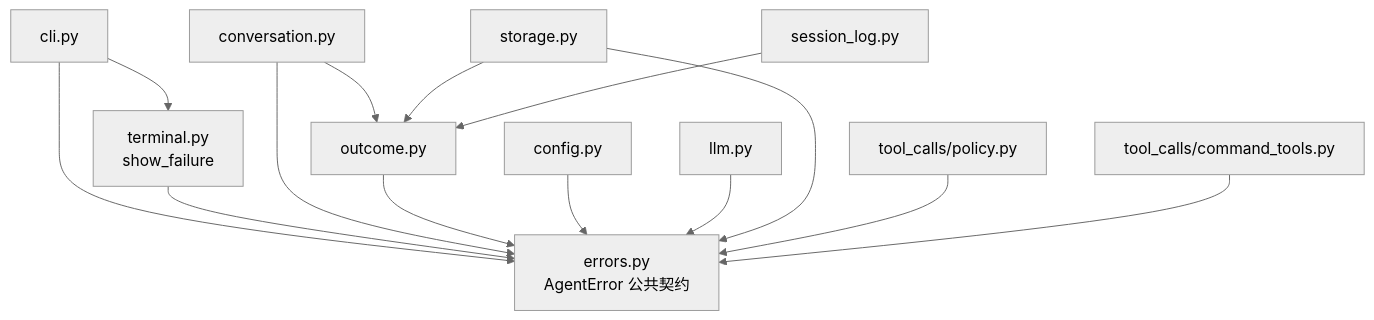
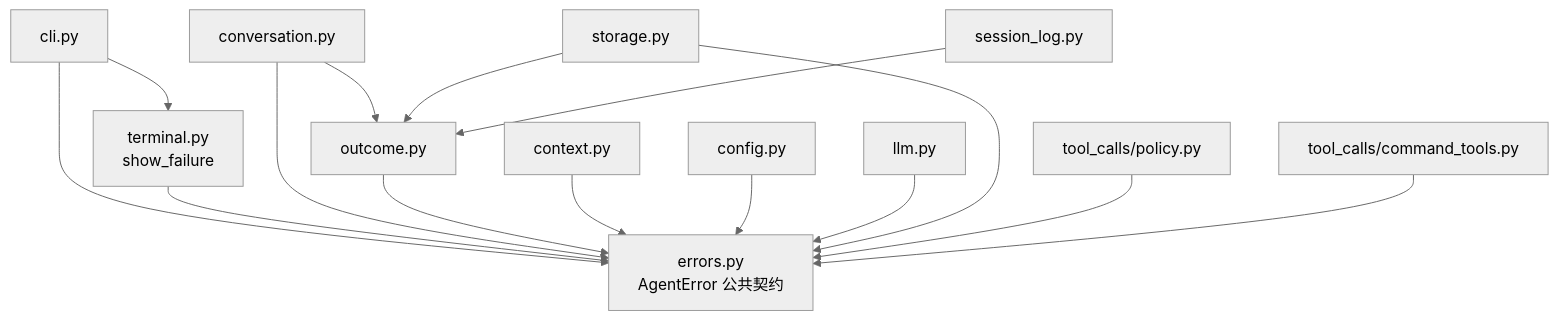
The third of 3 diagrams in docs/architecture.md (Plvltra/AdamAgent), drawn with Mermaid (neutral theme) before and after one commit. The commit also changed other lines of this file and 16 other files, not shown here.

````diff
--- a/docs/architecture.md
+++ b/docs/architecture.md
@@ -109,16 +115,17 @@
 ```mermaid
 flowchart TD
     CLI["cli.py"] --> ERROR["errors.py<br/>AgentError 公共契约"]
     CLI --> TERM["terminal.py<br/>show_failure"]
     TERM --> ERROR
     CONV["conversation.py"] --> ERROR
     CONV --> OUTCOME["outcome.py"]
     OUTCOME --> ERROR
     STORE["storage.py"] --> OUTCOME
     LOG["session_log.py"] --> OUTCOME
+    CONTEXT["context.py"] --> ERROR
     CONFIG["config.py"] --> ERROR
     LLM["llm.py"] --> ERROR
     STORE --> ERROR
     POLICY["tool_calls/policy.py"] --> ERROR
     COMMAND["tool_calls/command_tools.py"] --> ERROR
 ```
````
